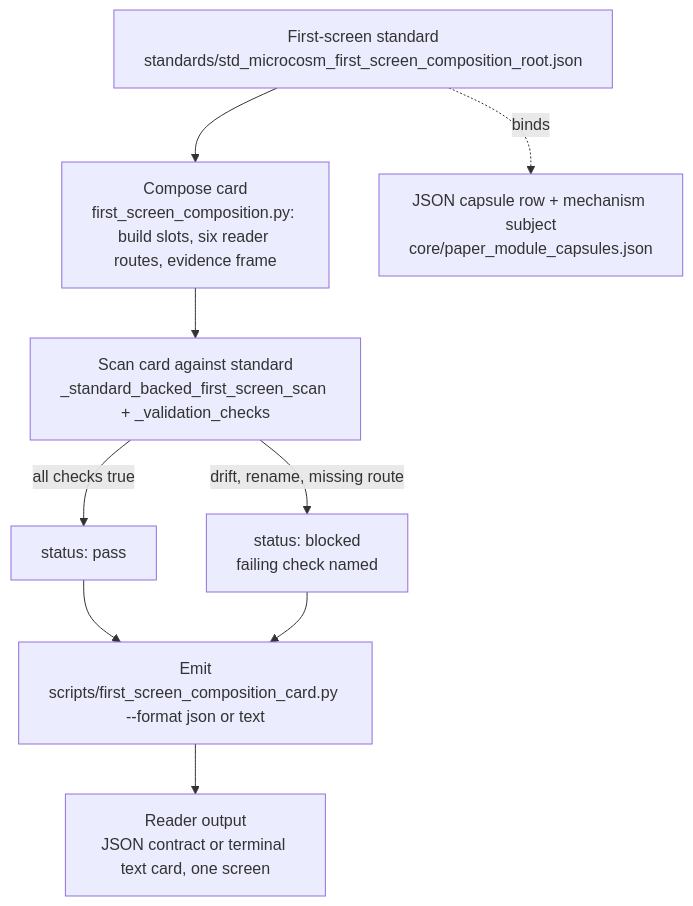
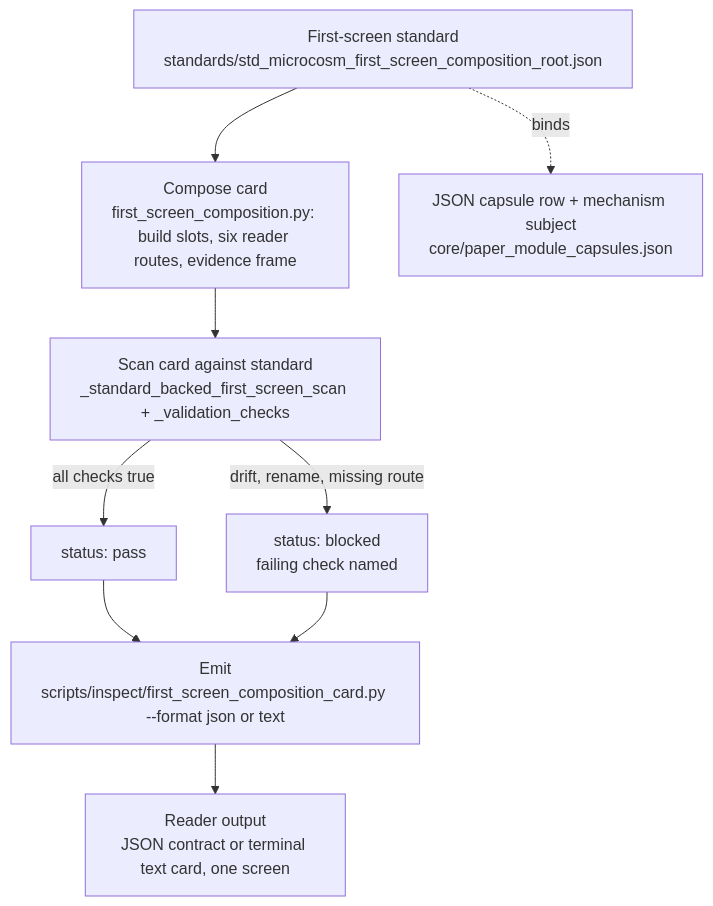
Before and after one commit to wcook04/plectis: the diagram in paper_modules/first_screen_composition_root.md, drawn with Mermaid. The commit also changed other lines of this file and 745 other files, not shown here.

````diff
--- a/paper_modules/first_screen_composition_root.md
+++ b/paper_modules/first_screen_composition_root.md
@@ -56,11 +56,11 @@
 ```mermaid
 flowchart TD
     A["First-screen standard<br/>standards/std_microcosm_first_screen_composition_root.json"] --> B["Compose card<br/>first_screen_composition.py: build slots, six reader routes, evidence frame"]
     B --> C["Scan card against standard<br/>_standard_backed_first_screen_scan + _validation_checks"]
     C -->|all checks true| D["status: pass"]
     C -->|drift, rename, missing route| E["status: blocked<br/>failing check named"]
-    D --> F["Emit<br/>scripts/first_screen_composition_card.py --format json or text"]
+    D --> F["Emit<br/>scripts/inspect/first_screen_composition_card.py --format json or text"]
     E --> F
     F --> G["Reader output<br/>JSON contract or terminal text card, one screen"]
     A -.binds.-> H["JSON capsule row + mechanism subject<br/>core/paper_module_capsules.json"]
 ```
````
